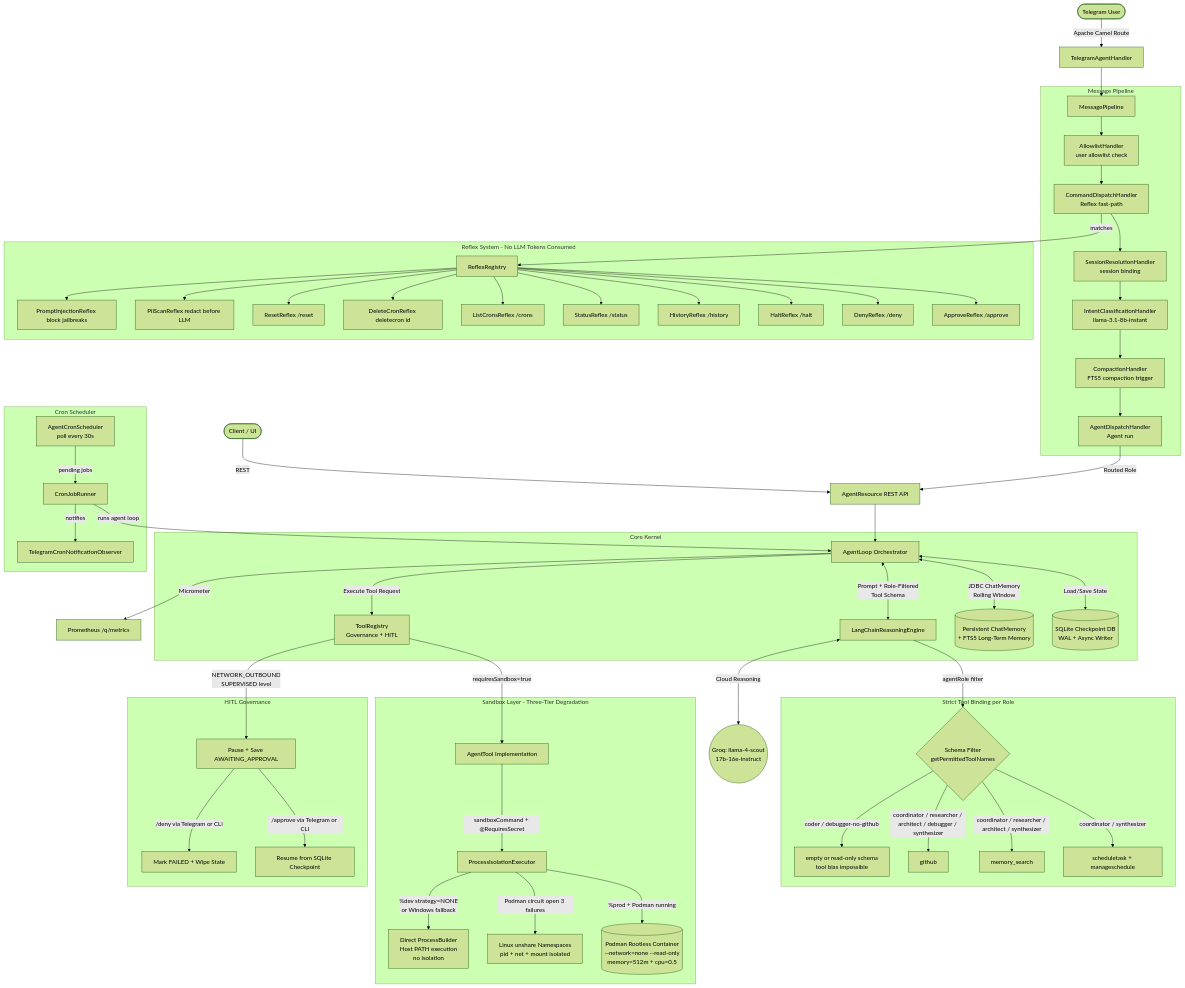
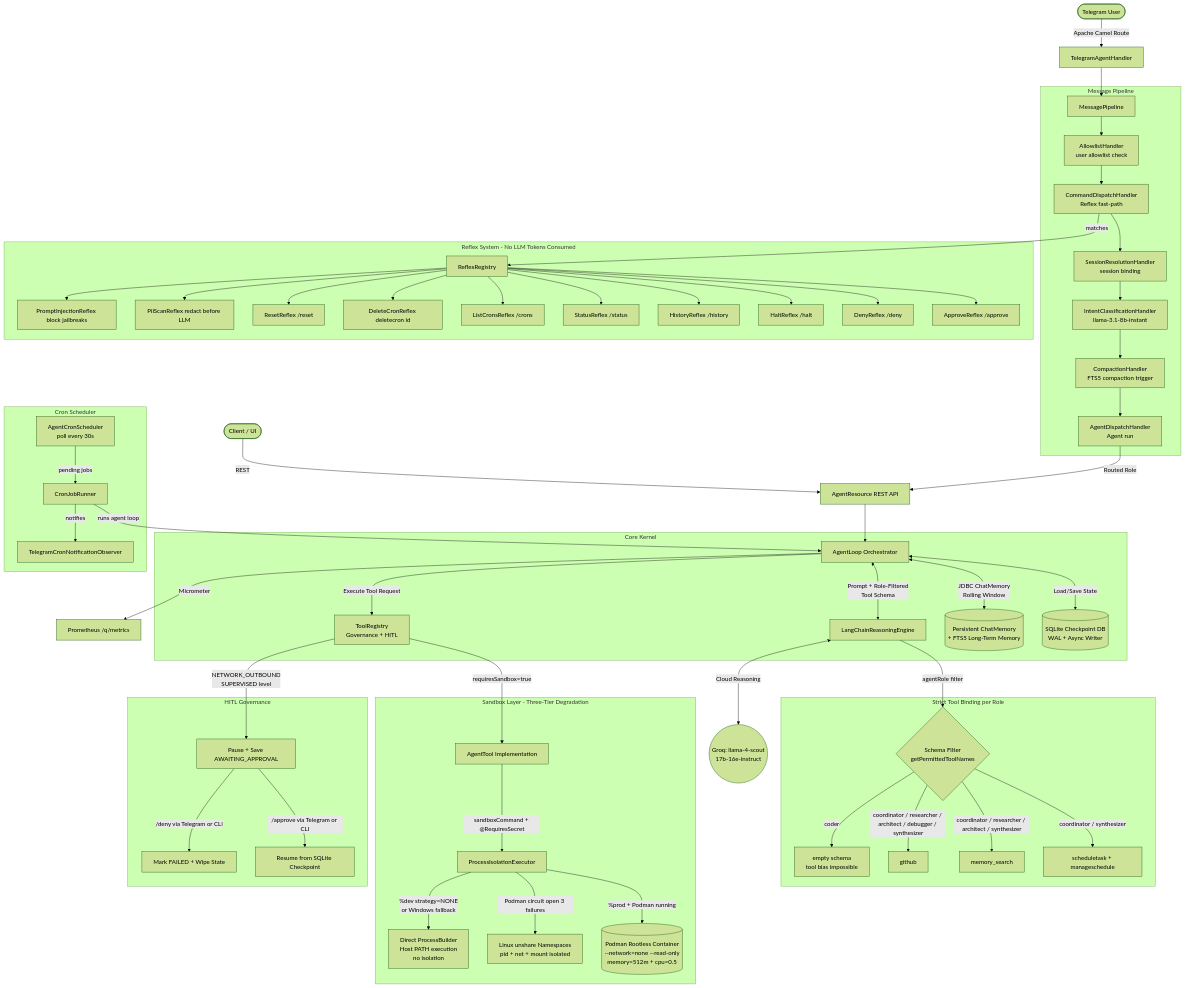
Before and after one commit to rsrini7/AmshaAgent: the first of 5 diagrams in README.md, drawn with Mermaid (forest theme). The commit also changed other lines of this file, not shown here.

First line of the commit message:
docs: clarify tool schema filtering and update extension guide

````diff
--- a/README.md
+++ b/README.md
@@ -75,71 +75,71 @@
 ```mermaid
 graph TD
     Client([Client / UI]) -->|REST| REST[AgentResource REST API]
     Telegram([Telegram User]) -->|Apache Camel Route| TH[TelegramAgentHandler]
     TH --> Pipeline[MessagePipeline]
 
     subgraph Message Pipeline
         Pipeline --> ALH[AllowlistHandler\nuser allowlist check]
         ALH --> CDH[CommandDispatchHandler\nReflex fast-path]
         CDH --> SRH[SessionResolutionHandler\nsession binding]
         SRH --> ICH[IntentClassificationHandler\nllama-3.1-8b-instant]
         ICH --> CH[CompactionHandler\nFTS5 compaction trigger]
         CH --> ADH[AgentDispatchHandler\nAgent run]
     end
 
     subgraph Reflex System - No LLM Tokens Consumed
         CDH -->|matches| RR[ReflexRegistry]
         RR --> ApR[ApproveReflex /approve]
         RR --> DeR[DenyReflex /deny]
         RR --> HaR[HaltReflex /halt]
         RR --> HiR[HistoryReflex /history]
         RR --> StR[StatusReflex /status]
         RR --> LC[ListCronsReflex /crons]
         RR --> DC[DeleteCronReflex deletecron id]
         RR --> ReR[ResetReflex /reset]
         RR --> PII[PiiScanReflex redact before LLM]
         RR --> PIR[PromptInjectionReflex block jailbreaks]
     end
 
     ADH -->|Routed Role| REST
     REST --> Loop[AgentLoop Orchestrator]
 
     subgraph Core Kernel
         Loop <-->|Load/Save State| SQLite[(SQLite Checkpoint DB\nWAL + Async Writer)]
         Loop <-->|JDBC ChatMemory\nRolling Window| JDBC[(Persistent ChatMemory\n+ FTS5 Long-Term Memory)]
         Loop <-->|Prompt + Role-Filtered\nTool Schema| AI[LangChainReasoningEngine]
         Loop -->|Execute Tool Request| ToolReg[ToolRegistry\nGovernance + HITL]
     end
 
     subgraph Strict Tool Binding per Role
         AI -->|agentRole filter| Schema{Schema Filter\ngetPermittedToolNames}
         Schema -->|coordinator / synthesizer| ST[scheduletask + manageschedule]
         Schema -->|coordinator / researcher / architect / synthesizer| MS[memory_search]
         Schema -->|coordinator / researcher / architect / debugger / synthesizer| GT[github]
-        Schema -->|coder / debugger-no-github| NoTool[empty or read-only schema\ntool bias impossible]
+        Schema -->|coder| NoTool[empty schema\ntool bias impossible]
     end
 
     AI <-->|Cloud Reasoning| Groq((Groq: llama-4-scout\n17b-16e-instruct))
     Loop -->|Micrometer| Prom[Prometheus /q/metrics]
 
     subgraph Sandbox Layer - Three-Tier Degradation
         ToolReg -->|requiresSandbox=true| AgentToolImpl[AgentTool Implementation]
         AgentToolImpl -->|sandboxCommand + @RequiresSecret| PIE[ProcessIsolationExecutor]
 
         PIE -->|%prod + Podman running| Podman[(Podman Rootless Container\n--network=none --read-only\nmemory=512m + cpu=0.5)]
         PIE -->|Podman circuit open 3 failures| NS[Linux unshare Namespaces\npid + net + mount isolated]
         PIE -->|%dev strategy=NONE\nor Windows fallback| Direct[Direct ProcessBuilder\nHost PATH execution\nno isolation]
     end
 
     subgraph HITL Governance
         ToolReg -->|NETWORK_OUTBOUND\nSUPERVISED level| Pause[Pause + Save AWAITING_APPROVAL]
         Pause -->|/approve via Telegram or CLI| Resume[Resume from SQLite Checkpoint]
         Pause -->|/deny via Telegram or CLI| Terminate[Mark FAILED + Wipe State]
     end
 
     subgraph Cron Scheduler
         AgentCronScheduler[AgentCronScheduler\npoll every 30s] -->|pending jobs| CronJobRunner
         CronJobRunner -->|runs agent loop| Loop
         CronJobRunner -->|notifies| TelegramCron[TelegramCronNotificationObserver]
     end
 ```
````
